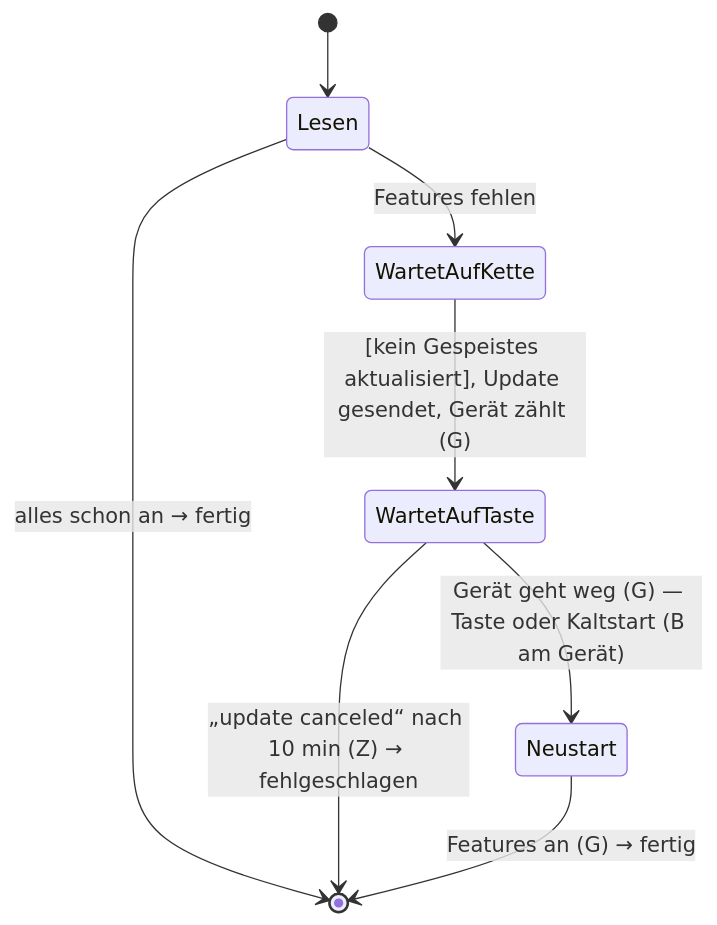
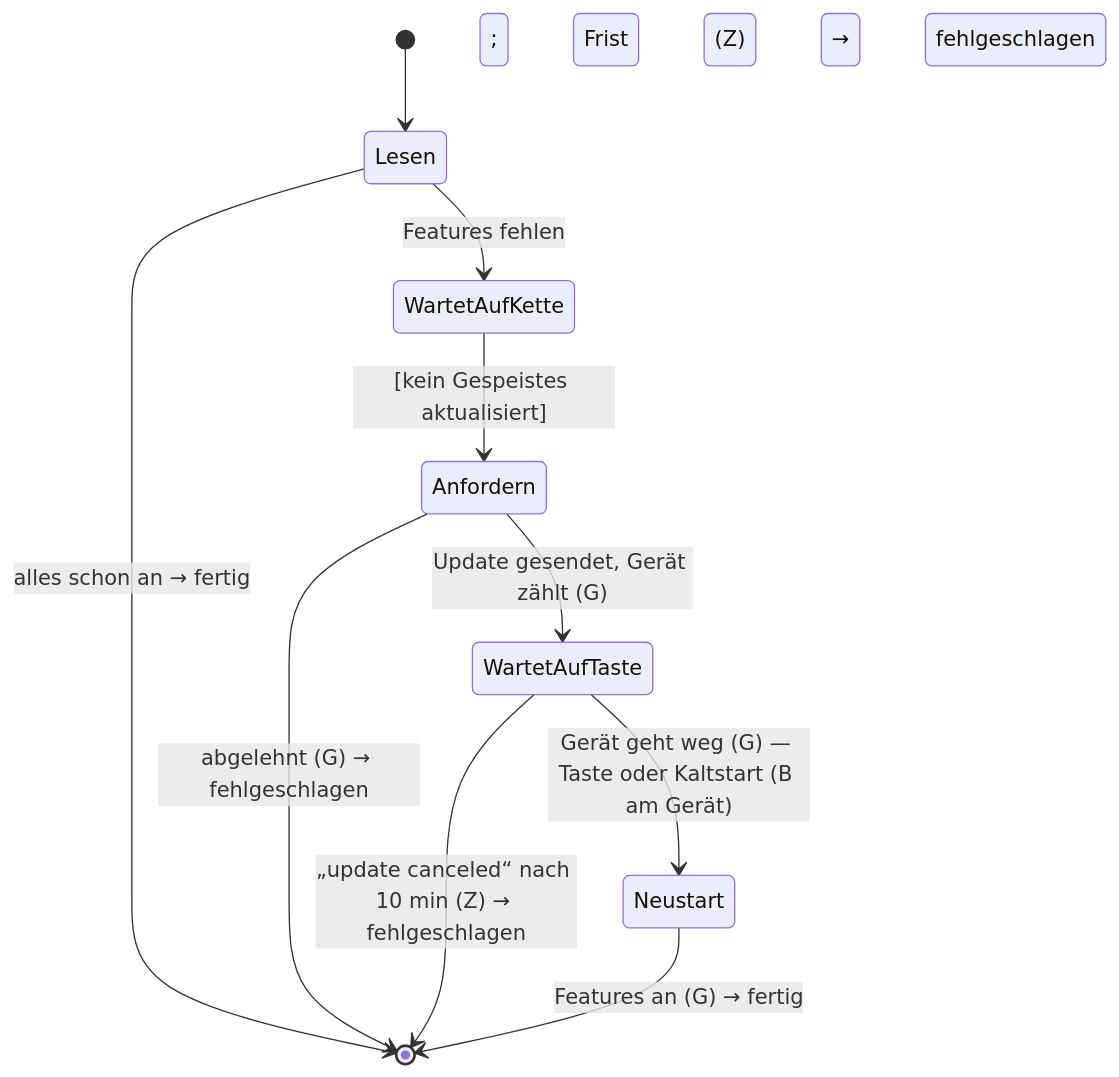
One commit to koa/netbox-provisioner changed the seventh of 10 diagrams in docs/concepts/device-state.md. Above: the diagram before and after it, drawn with Mermaid. The commit also changed other lines of this file and 12 other files, not shown here.

````diff
--- a/docs/concepts/device-state.md
+++ b/docs/concepts/device-state.md
@@ -387,10 +399,12 @@
 ```mermaid
 stateDiagram-v2
     [*] --> Lesen
     Lesen --> [*]: alles schon an → fertig
     Lesen --> WartetAufKette: Features fehlen
-    WartetAufKette --> WartetAufTaste: [kein Gespeistes aktualisiert], Update gesendet, Gerät zählt (G)
+    WartetAufKette --> Anfordern: [kein Gespeistes aktualisiert]
+    Anfordern --> WartetAufTaste: Update gesendet, Gerät zählt (G)
+    Anfordern --> [*]: abgelehnt (G) → fehlgeschlagen
     WartetAufTaste --> Neustart: Gerät geht weg (G) — Taste oder Kaltstart (B am Gerät)
     WartetAufTaste --> [*]: „update canceled“ nach 10 min (Z) → fehlgeschlagen
-    Neustart --> [*]: Features an (G) → fertig
+    Neustart --> [*]: Features an (G) → fertig; Frist (Z) → fehlgeschlagen
 ```
````
